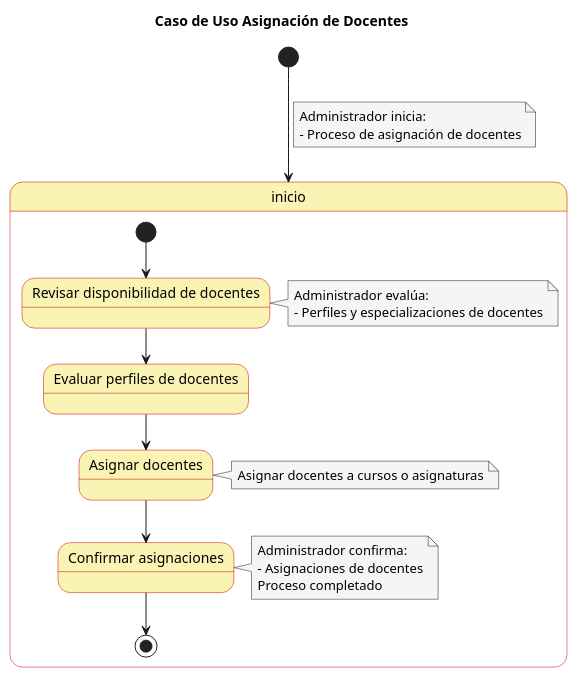
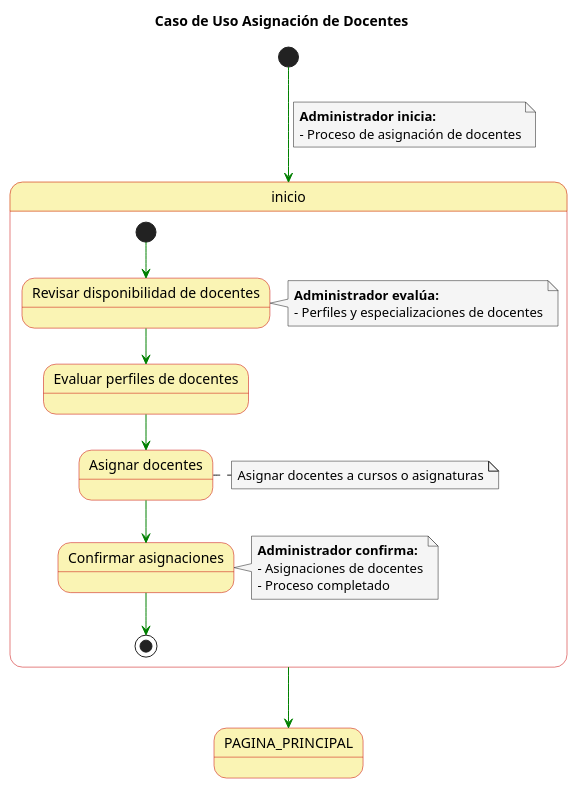
Before and after one commit to FernandoWilliam26/23-24-IdSw1-SDR: the diagram in Casos de Uso/Detalle de Asignacion de Docentes.puml, drawn with PlantUML. The commit also changed other lines of this file and 3 other files, not shown here.

```diff
--- a/Casos de Uso/Detalle de Asignacion de Docentes.puml
+++ b/Casos de Uso/Detalle de Asignacion de Docentes.puml
@@ -1,51 +1,47 @@
 @startuml
-
 skinparam state {
   BackgroundColor #faf4b4
   BorderColor #c90000
-  TextColor #757575
 }
 
 skinparam note {
   BackgroundColor #f5f5f5
-  TextColor #757575
 }
+
+skinparam linetype polyline
 
 title Caso de Uso Asignación de Docentes
 
-[*] --> inicio
+[*] -[#green]-> inicio
 note on link
-  Administrador inicia:
+  **Administrador inicia:**
   - Proceso de asignación de docentes
 end note
 
 state inicio {
-  [*] --> revisar_disponibilidad_docentes
-  state "Revisar disponibilidad de docentes" as revisar_disponibilidad_docentes
-
-  revisar_disponibilidad_docentes --> evaluar_perfiles_docentes
-  note right of revisar_disponibilidad_docentes
-    Administrador evalúa:
+  state "Revisar disponibilidad de docentes" as state1
+  state "Evaluar perfiles de docentes" as state2
+  state "Asignar docentes" as state3
+  state "Confirmar asignaciones" as state4
+  
+  [*] -[#green]-> state1
+  note right of state1
+    **Administrador evalúa:**
     - Perfiles y especializaciones de docentes
   end note
-
-  state "Evaluar perfiles de docentes" as evaluar_perfiles_docentes
-
-  evaluar_perfiles_docentes --> asignar_docentes
-  state "Asignar docentes" as asignar_docentes
-  note right of asignar_docentes
+  state1 -[#green]-> state2
+  state2 -[#green]-> state3
+  note right of state3
     Asignar docentes a cursos o asignaturas
   end note
-
-  asignar_docentes --> confirmar_asignaciones
-  state "Confirmar asignaciones" as confirmar_asignaciones
-  note right of confirmar_asignaciones
-    Administrador confirma:
+  state3 -[#green]-> state4
+  note right of state4
+    **Administrador confirma:**
     - Asignaciones de docentes
-    Proceso completado
+    - Proceso completado
   end note
-
-  confirmar_asignaciones --> [*]
+  state4 -[#green]-> [*]
 }
 
+inicio -[#green]-> PAGINA_PRINCIPAL
 @enduml
```
